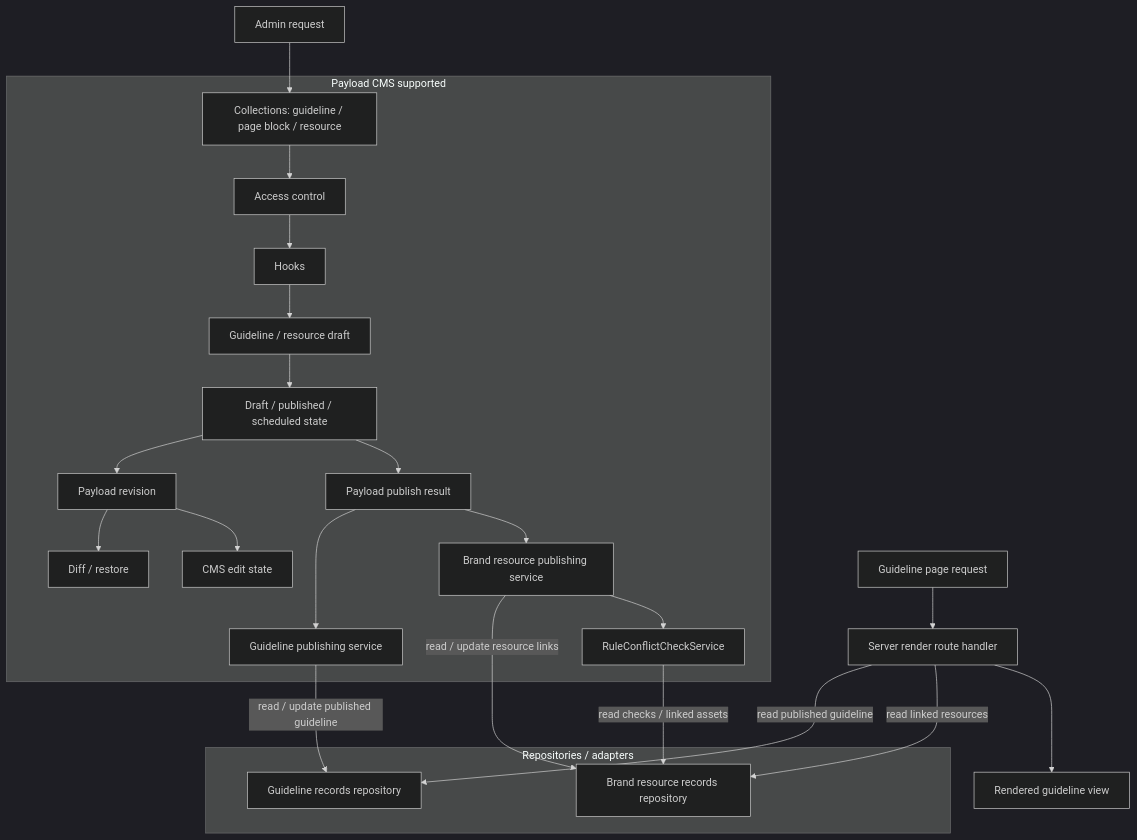
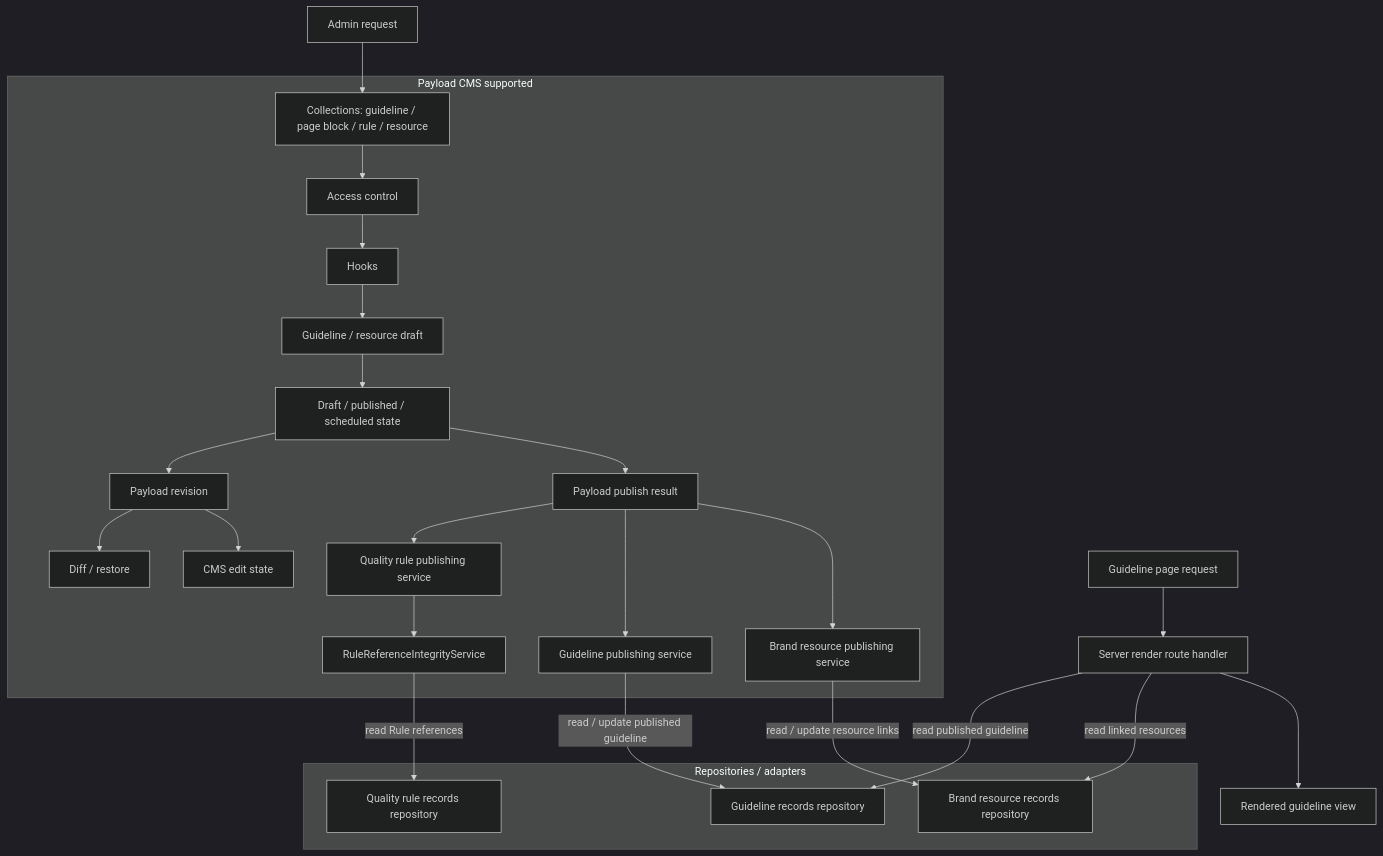
One commit to ewoooo/living-brand-system changed the second of 8 diagrams in docs/05-system-architecture.md. Above: the diagram before and after it, drawn with Mermaid (dark theme). The commit also changed other lines of this file and 57 other files, not shown here.

````diff
--- a/docs/05-system-architecture.md
+++ b/docs/05-system-architecture.md
@@ -264,50 +267,53 @@
 ```mermaid
 flowchart TB
   AdminRequest["Admin request"]
   GuidelineRequest["Guideline page request"]
 
   subgraph PayloadSupported["Payload CMS supported"]
-    Collections["Collections: guideline / page block / resource"]
+    Collections["Collections: guideline / page block / rule / resource"]
     Access["Access control"]
     Hooks["Hooks"]
     Draft["Guideline / resource draft"]
     PublishState["Draft / published / scheduled state"]
     Revision["Payload revision"]
     DiffRestore["Diff / restore"]
     EditState["CMS edit state"]
     PublishResult["Payload publish result"]
+    QualityRuleService["Quality rule publishing service"]
     GuidelineService["Guideline publishing service"]
     ResourceService["Brand resource publishing service"]
-    ConflictCheck["RuleConflictCheckService"]
+    RuleIntegrity["RuleReferenceIntegrityService"]
   end
 
   subgraph Repositories["Repositories / adapters"]
     GuidelineRepository["Guideline records repository"]
+    QualityRuleRepository["Quality rule records repository"]
     BrandResourceRepository["Brand resource records repository"]
   end
 
   ServerRender["Server render route handler"]
   RenderedView["Rendered guideline view"]
 
   AdminRequest --> Collections
   Collections --> Access
   Access --> Hooks
   Hooks --> Draft
   Draft --> PublishState
   PublishState --> Revision
   Revision --> DiffRestore
   Revision --> EditState
 
   PublishState --> PublishResult
+  PublishResult --> QualityRuleService
   PublishResult --> GuidelineService
   PublishResult --> ResourceService
+  QualityRuleService --> RuleIntegrity
+  RuleIntegrity -->|"read Rule references"| QualityRuleRepository
   GuidelineService -->|"read / update published guideline"| GuidelineRepository
   ResourceService -->|"read / update resource links"| BrandResourceRepository
-  ResourceService --> ConflictCheck
-  ConflictCheck -->|"read checks / linked assets"| BrandResourceRepository
 
   GuidelineRequest --> ServerRender
   ServerRender -->|"read published guideline"| GuidelineRepository
   ServerRender -->|"read linked resources"| BrandResourceRepository
   ServerRender --> RenderedView
 ```
````
